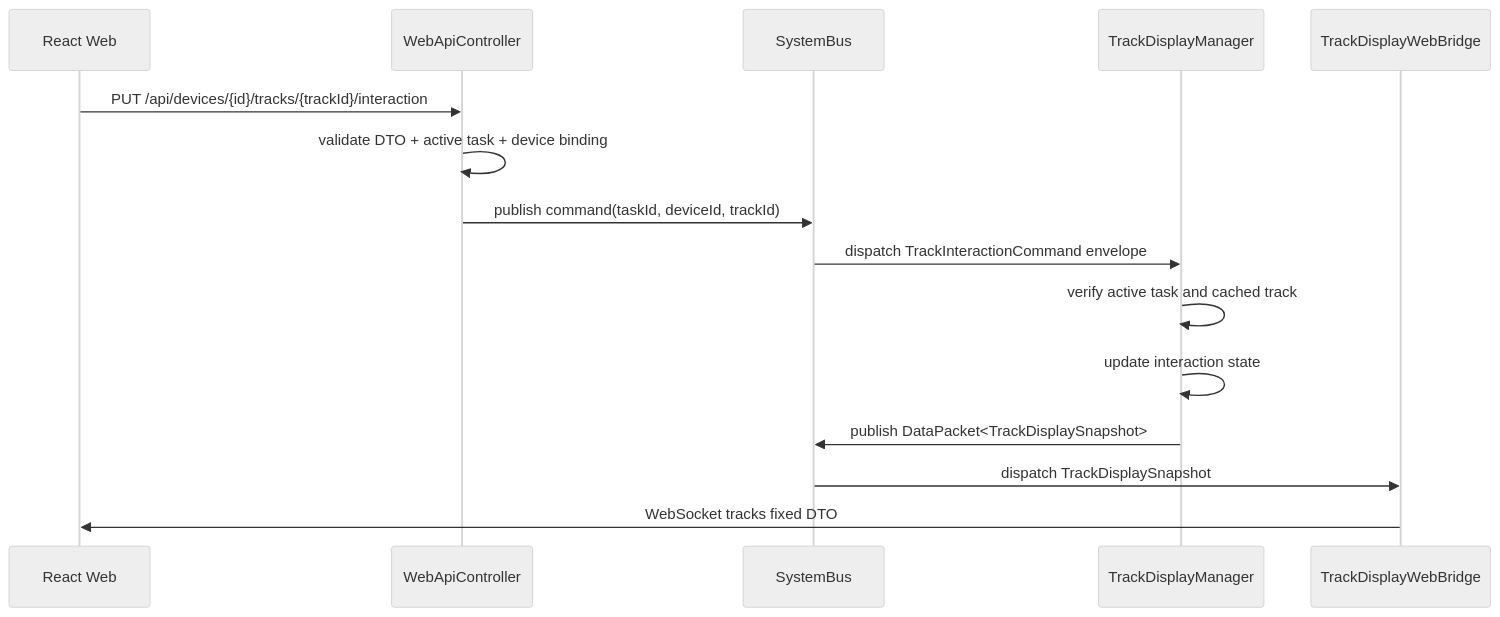
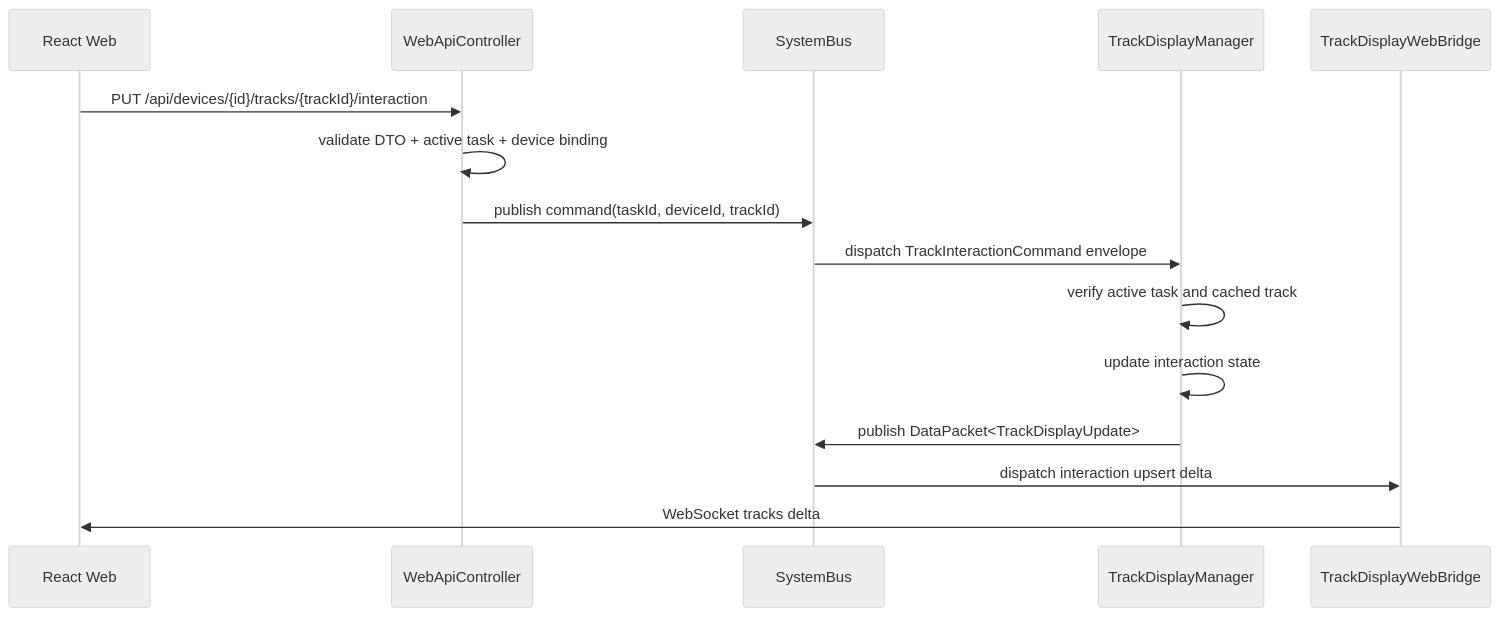
One commit to YoungL524/newAnti_arch changed the third of 7 diagrams in doc/architecture/05-核心流程.md. Above: the diagram before and after it, drawn with Mermaid (neutral theme). The commit also changed other lines of this file and 149 other files, not shown here.

````diff
--- a/doc/architecture/05-核心流程.md
+++ b/doc/architecture/05-核心流程.md
@@ -72,18 +71,18 @@
 ```mermaid
 sequenceDiagram
     participant UI as React Web
     participant API as WebApiController
     participant Bus as SystemBus
     participant Track as TrackDisplayManager
     participant WebBridge as TrackDisplayWebBridge
 
     UI->>API: PUT /api/devices/{id}/tracks/{trackId}/interaction
     API->>API: validate DTO + active task + device binding
     API->>Bus: publish command(taskId, deviceId, trackId)
     Bus->>Track: dispatch TrackInteractionCommand envelope
     Track->>Track: verify active task and cached track
     Track->>Track: update interaction state
-    Track->>Bus: publish DataPacket<TrackDisplaySnapshot>
-    Bus->>WebBridge: dispatch TrackDisplaySnapshot
-    WebBridge->>UI: WebSocket tracks fixed DTO
+    Track->>Bus: publish DataPacket<TrackDisplayUpdate>
+    Bus->>WebBridge: dispatch interaction upsert delta
+    WebBridge->>UI: WebSocket tracks delta
 ```
````
